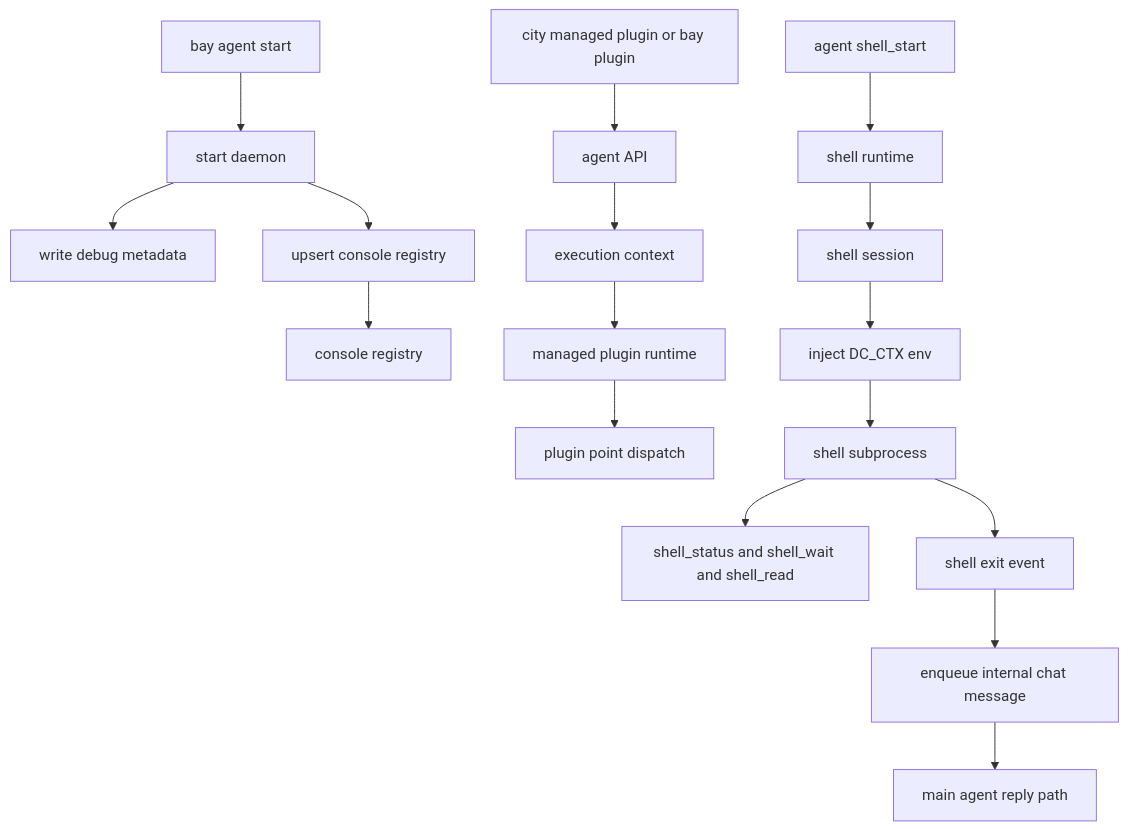
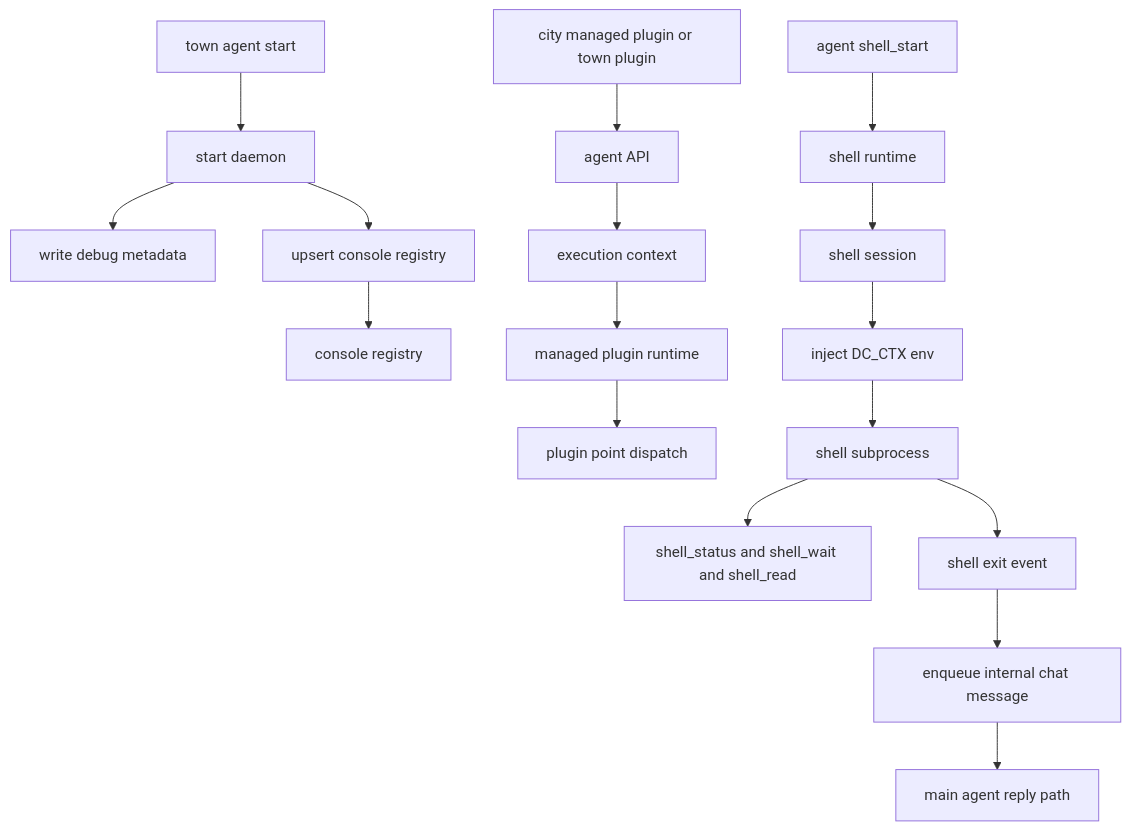
The diagram in homepage/content/docs/en/concepts/console-registration-and-shell-flow.mdx (wangenius/downcity), drawn with Mermaid before and after one commit. The commit also changed 1247 other files, not shown here.

Commit message:
feat(city): rename visa and bay concepts

````diff
--- a/homepage/content/docs/en/concepts/console-registration-and-shell-flow.mdx
+++ b/homepage/content/docs/en/concepts/console-registration-and-shell-flow.mdx
@@ -33,21 +33,21 @@
 ```mermaid
 flowchart TD
-  A["bay agent start"] --> B["start daemon"]
+  A["town agent start"] --> B["start daemon"]
   B --> C["write debug metadata"]
   B --> D["upsert console registry"]
   D --> E["console registry"]
 
-  F["city managed plugin or bay plugin"] --> G["agent API"]
+  F["city managed plugin or town plugin"] --> G["agent API"]
   G --> H["execution context"]
   H --> I["managed plugin runtime"]
   I --> J["plugin point dispatch"]
 
   L["agent shell_start"] --> M["shell runtime"]
   M --> N["shell session"]
   N --> O["inject DC_CTX env"]
   O --> P["shell subprocess"]
   P --> Q["shell_status and shell_wait and shell_read"]
   P --> R["shell exit event"]
   R --> S["enqueue internal chat message"]
   S --> T["main agent reply path"]
 ```
````
